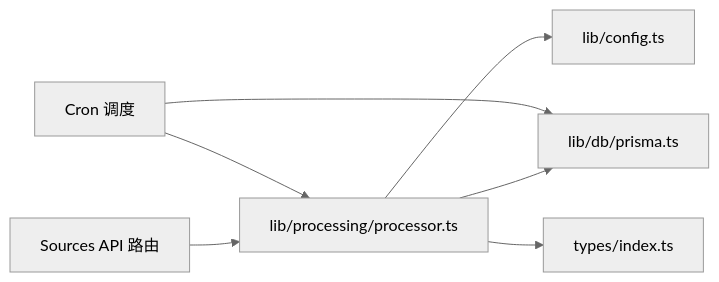
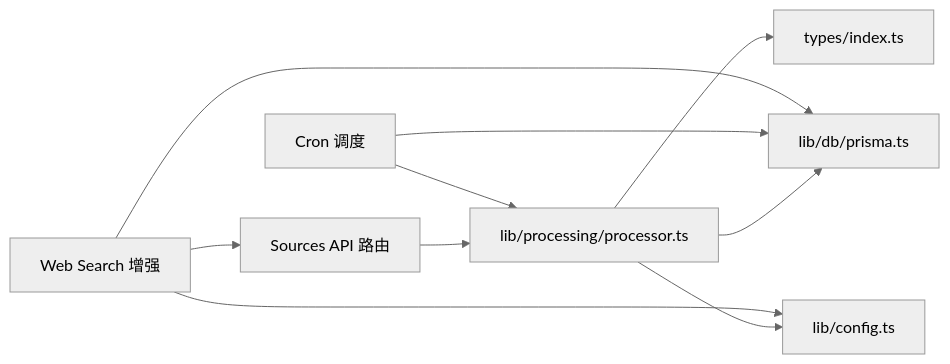
The ninth of 9 diagrams in .qoder/repowiki/zh/content/API 接口文档/Sources 导入 API.md (lbl-bm/notebookLM-clone), drawn with Mermaid (neutral theme) before and after one commit. The commit also changed other lines of this file and 13 other files, not shown here.

````diff
--- a/.qoder/repowiki/zh/content/API 接口文档/Sources 导入 API.md
+++ b/.qoder/repowiki/zh/content/API 接口文档/Sources 导入 API.md
@@ -425,9 +435,12 @@
 ```mermaid
 graph LR
 A["Sources API 路由"] --> B["lib/processing/processor.ts"]
 B --> C["lib/db/prisma.ts"]
 B --> D["lib/config.ts"]
 B --> E["types/index.ts"]
 F["Cron 调度"] --> B
 F --> C
+G["Web Search 增强"] --> A
+G --> C
+G --> D
 ```
````
